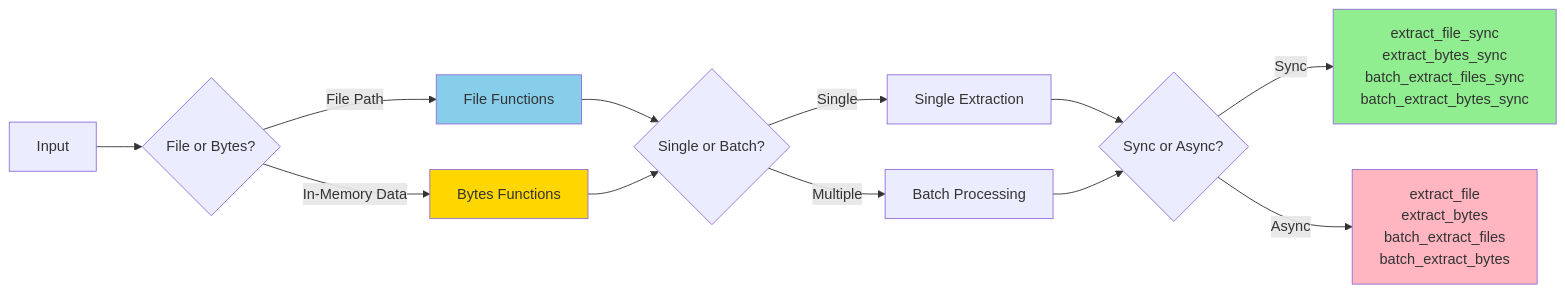
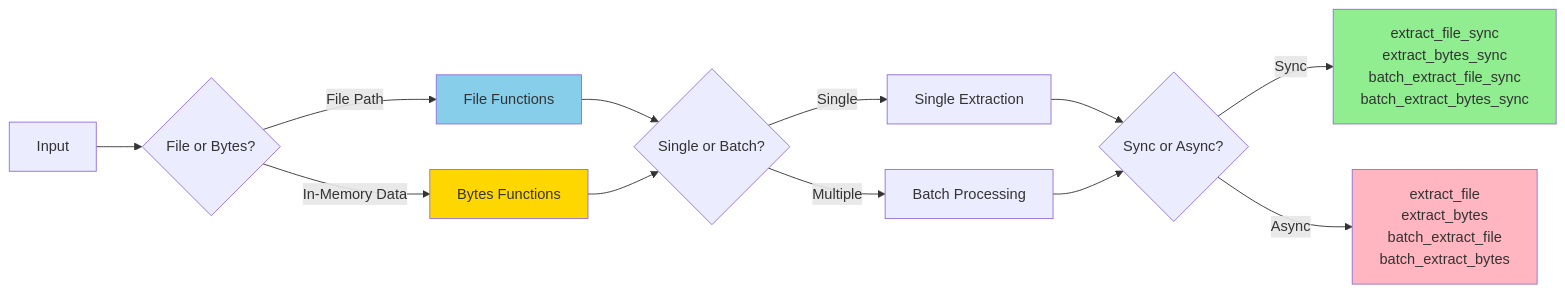
One commit to xberg-io/kreuzberg changed the first of 4 diagrams in docs/guides/extraction.md. Above: the diagram before and after it, drawn with Mermaid. The commit also changed other lines of this file and 39 other files, not shown here.

````diff
--- a/docs/guides/extraction.md
+++ b/docs/guides/extraction.md
@@ -3,23 +3,23 @@
 ```mermaid
 flowchart LR
     Input[Input] --> FileOrBytes{File or Bytes?}
     FileOrBytes -->|File Path| FileFunctions[File Functions]
     FileOrBytes -->|In-Memory Data| BytesFunctions[Bytes Functions]
 
     FileFunctions --> SingleOrBatch{Single or Batch?}
     BytesFunctions --> SingleOrBatch
 
     SingleOrBatch -->|Single| SingleMode[Single Extraction]
     SingleOrBatch -->|Multiple| BatchMode[Batch Processing]
 
     SingleMode --> SyncAsync{Sync or Async?}
     BatchMode --> SyncAsync
 
-    SyncAsync -->|Sync| SyncFuncs[extract_file_sync<br/>extract_bytes_sync<br/>batch_extract_files_sync<br/>batch_extract_bytes_sync]
-    SyncAsync -->|Async| AsyncFuncs[extract_file<br/>extract_bytes<br/>batch_extract_files<br/>batch_extract_bytes]
+    SyncAsync -->|Sync| SyncFuncs[extract_file_sync<br/>extract_bytes_sync<br/>batch_extract_file_sync<br/>batch_extract_bytes_sync]
+    SyncAsync -->|Async| AsyncFuncs[extract_file<br/>extract_bytes<br/>batch_extract_file<br/>batch_extract_bytes]
 
     style FileFunctions fill:#87CEEB
     style BytesFunctions fill:#FFD700
     style SyncFuncs fill:#90EE90
     style AsyncFuncs fill:#FFB6C1
 ```
````
